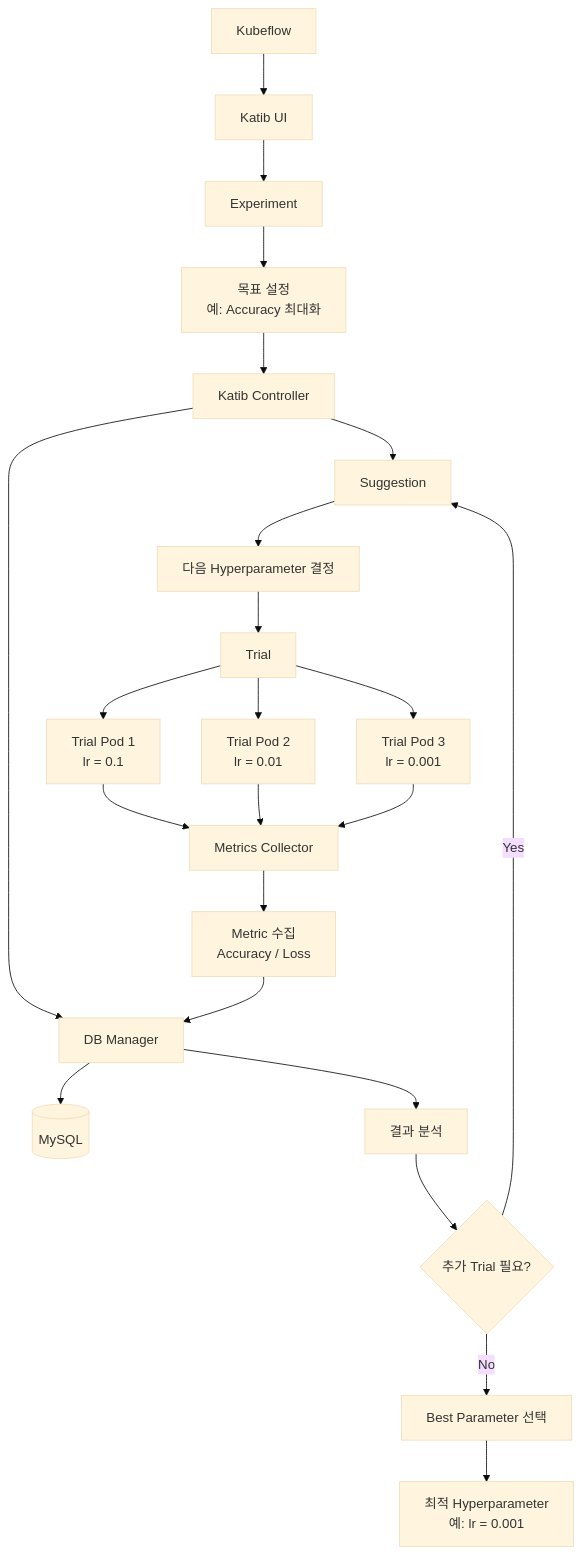
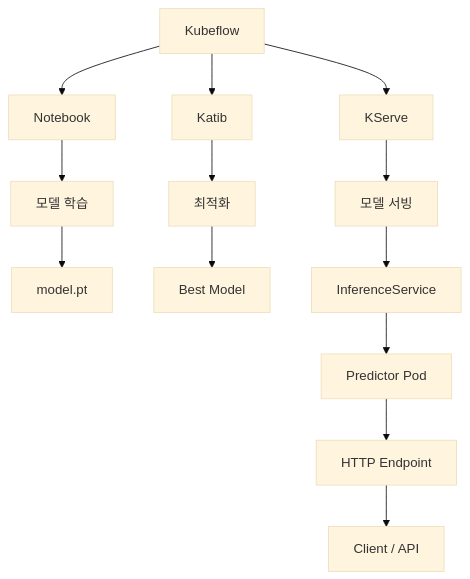
One commit to hwangyoonjae/hwangyoonjae.github.io changed the diagram in _posts/Kubernetes/2026-09-01-[Kubernetes] - Kubeflow Katip Experiments 생성하기.md. Above: the diagram before and after it, drawn with Mermaid (base theme). The commit also changed other lines of this file, not shown here.

Commit message:
mermaid: true 옵션 추가

````diff
--- a/_posts/Kubernetes/2026-09-01-[Kubernetes] - Kubeflow Katip Experiments 생성하기.md
+++ b/_posts/Kubernetes/2026-09-01-[Kubernetes] - Kubeflow Katip Experiments 생성하기.md
@@ -30,39 +31,20 @@
 ```mermaid
 flowchart TD
-    A[Kubeflow] --> B[Katib UI]
-    B --> C[Experiment]
+    A[Kubeflow]
 
-    C --> D["목표 설정<br/>예: Accuracy 최대화"]
+    A --> B[Notebook]
+    A --> C[Katib]
+    A --> D[KServe]
 
-    D --> E[Katib Controller]
+    B --> B1["모델 학습"]
+    B1 --> B2["model.pt"]
 
-    E --> F[Suggestion]
-    E --> G[DB Manager]
+    C --> C1["최적화"]
+    C1 --> C2["Best Model"]
 
-    G --> H[(MySQL)]
-
-    F --> I["다음 Hyperparameter 결정"]
-
-    I --> J[Trial]
-
-    J --> K1["Trial Pod 1<br/>lr = 0.1"]
-    J --> K2["Trial Pod 2<br/>lr = 0.01"]
-    J --> K3["Trial Pod 3<br/>lr = 0.001"]
-
-    K1 --> L[Metrics Collector]
-    K2 --> L
-    K3 --> L
-
-    L --> M["Metric 수집<br/>Accuracy / Loss"]
-
-    M --> G
-
-    G --> N["결과 분석"]
-
-    N --> O{"추가 Trial 필요?"}
-
-    O -->|Yes| F
-    O -->|No| P["Best Parameter 선택"]
-
-    P --> Q["최적 Hyperparameter<br/>예: lr = 0.001"]
+    D --> D1["모델 서빙"]
+    D1 --> D2[InferenceService]
+    D2 --> D3[Predictor Pod]
+    D3 --> D4[HTTP Endpoint]
+    D4 --> D5["Client / API"]
 ```
````
